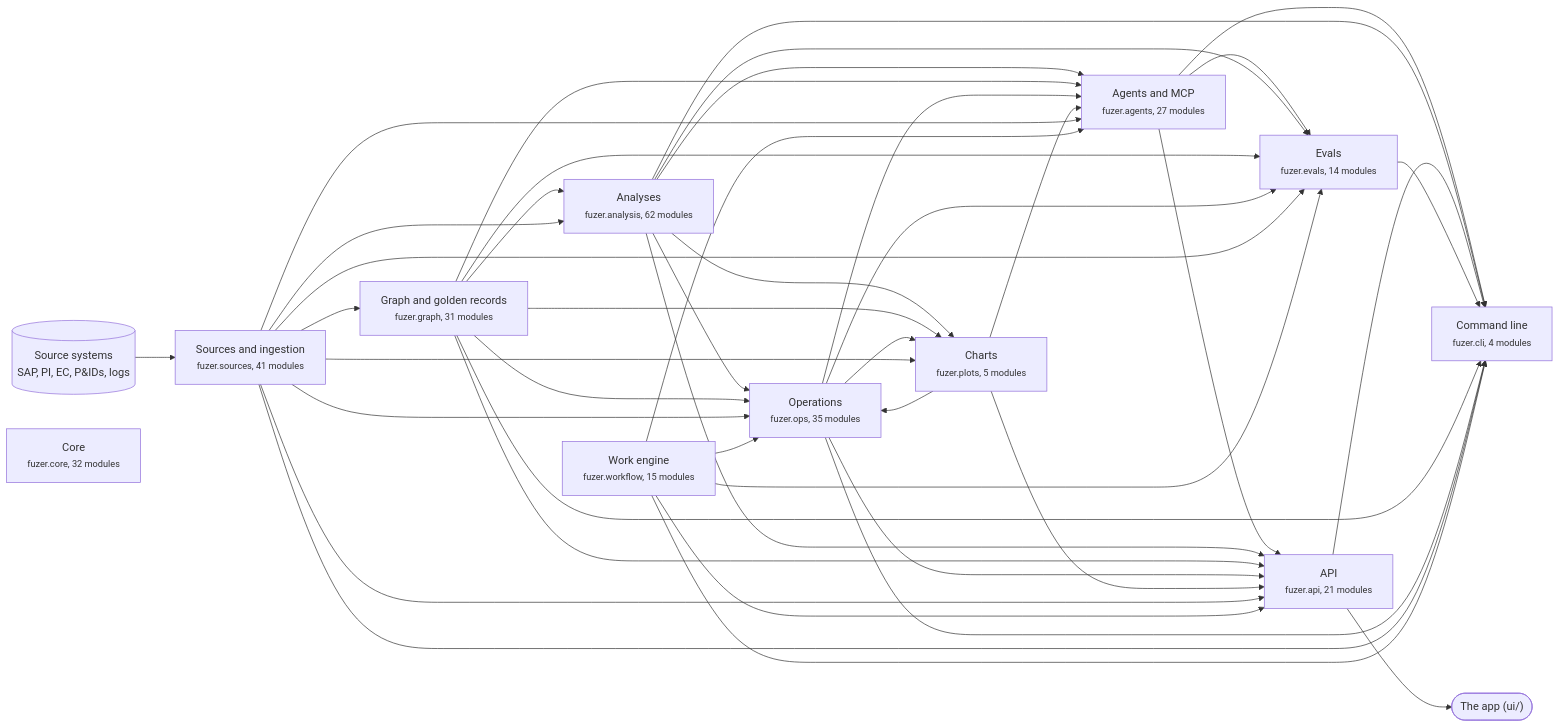
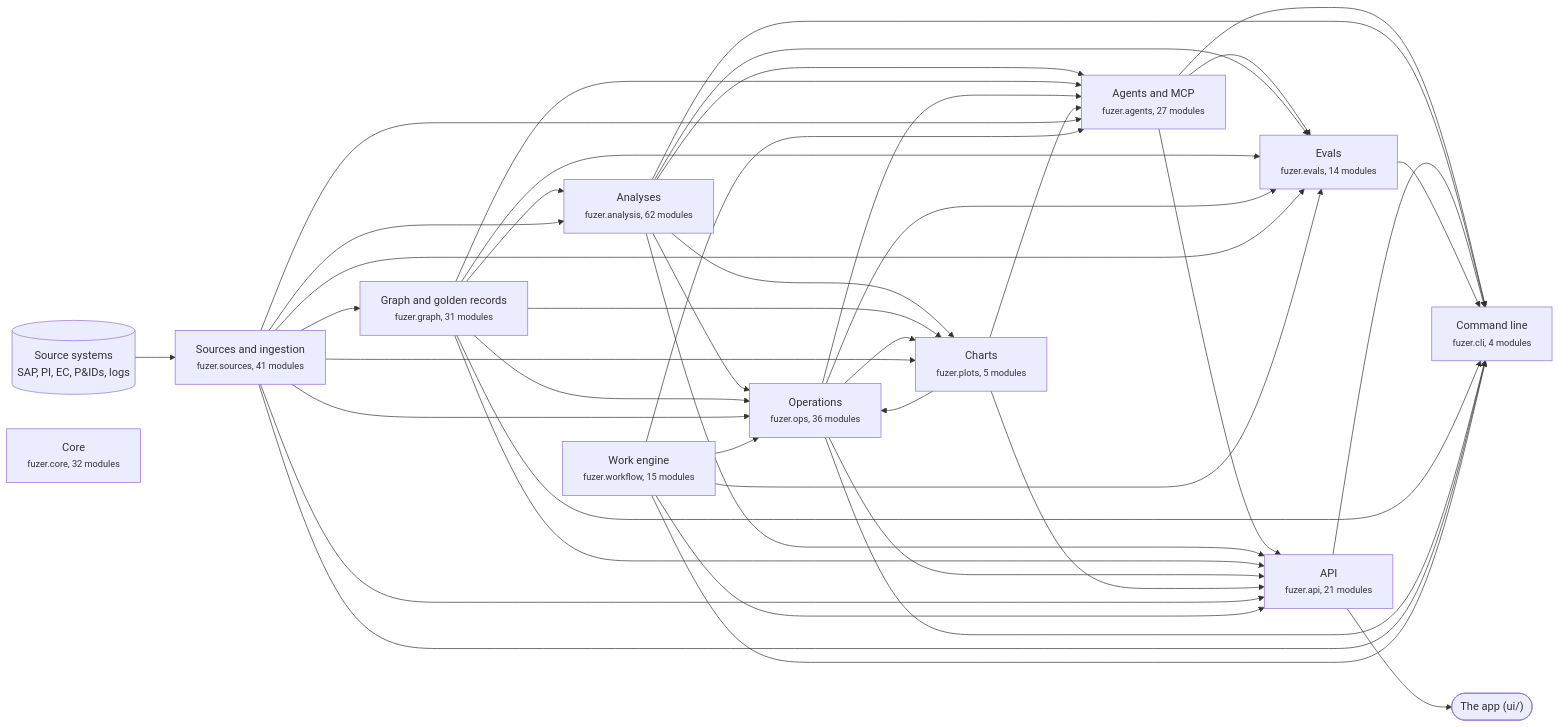
One commit to areed145/fuzer changed the first of 3 diagrams in docs/architecture.md. Above: the diagram before and after it, drawn with Mermaid. The commit also changed other lines of this file and 17 other files, not shown here.

````diff
--- a/docs/architecture.md
+++ b/docs/architecture.md
@@ -8,67 +8,67 @@
 ```mermaid
 flowchart LR
   systems[("Source systems<br>SAP, PI, EC, P&IDs, logs")] --> c_sources
   app(["The app (ui/)"])
   c_api --> app
   c_sources["Sources and ingestion<br><small>fuzer.sources, 41 modules</small>"]
   c_graph["Graph and golden records<br><small>fuzer.graph, 31 modules</small>"]
   c_analysis["Analyses<br><small>fuzer.analysis, 62 modules</small>"]
-  c_ops["Operations<br><small>fuzer.ops, 35 modules</small>"]
+  c_ops["Operations<br><small>fuzer.ops, 36 modules</small>"]
   c_plots["Charts<br><small>fuzer.plots, 5 modules</small>"]
   c_workflow["Work engine<br><small>fuzer.workflow, 15 modules</small>"]
   c_agents["Agents and MCP<br><small>fuzer.agents, 27 modules</small>"]
   c_evals["Evals<br><small>fuzer.evals, 14 modules</small>"]
   c_api["API<br><small>fuzer.api, 21 modules</small>"]
   c_cli["Command line<br><small>fuzer.cli, 4 modules</small>"]
   c_core["Core<br><small>fuzer.core, 32 modules</small>"]
   c_sources --> c_graph
   c_graph --> c_analysis
   c_sources --> c_analysis
   c_analysis --> c_ops
   c_graph --> c_ops
   c_plots --> c_ops
   c_sources --> c_ops
   c_workflow --> c_ops
   c_analysis --> c_plots
   c_graph --> c_plots
   c_ops --> c_plots
   c_sources --> c_plots
   c_analysis --> c_agents
   c_graph --> c_agents
   c_ops --> c_agents
   c_plots --> c_agents
   c_sources --> c_agents
   c_workflow --> c_agents
   c_agents --> c_evals
   c_analysis --> c_evals
   c_graph --> c_evals
   c_ops --> c_evals
   c_sources --> c_evals
   c_workflow --> c_evals
   c_agents --> c_api
   c_analysis --> c_api
   c_graph --> c_api
   c_ops --> c_api
   c_plots --> c_api
   c_sources --> c_api
   c_workflow --> c_api
   c_agents --> c_cli
   c_analysis --> c_cli
   c_api --> c_cli
   c_evals --> c_cli
   c_graph --> c_cli
   c_ops --> c_cli
   c_sources --> c_cli
   c_workflow --> c_cli
   click c_sources "https://github.com/areed145/fuzer/tree/main/src/fuzer/sources"
   click c_graph "https://github.com/areed145/fuzer/tree/main/src/fuzer/graph"
   click c_analysis "https://github.com/areed145/fuzer/tree/main/src/fuzer/analysis"
   click c_ops "https://github.com/areed145/fuzer/tree/main/src/fuzer/ops"
   click c_plots "https://github.com/areed145/fuzer/tree/main/src/fuzer/plots"
   click c_workflow "https://github.com/areed145/fuzer/tree/main/src/fuzer/workflow"
   click c_agents "https://github.com/areed145/fuzer/tree/main/src/fuzer/agents"
   click c_evals "https://github.com/areed145/fuzer/tree/main/src/fuzer/evals"
   click c_api "https://github.com/areed145/fuzer/tree/main/src/fuzer/api"
   click c_cli "https://github.com/areed145/fuzer/tree/main/src/fuzer/cli"
   click c_core "https://github.com/areed145/fuzer/tree/main/src/fuzer/core"
 ```
````
